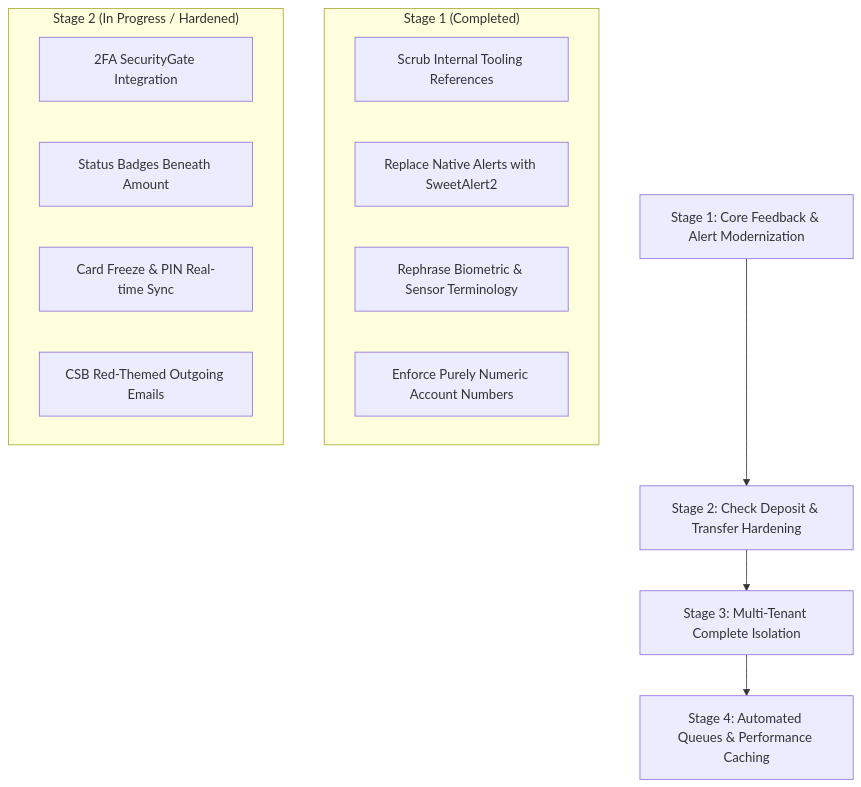
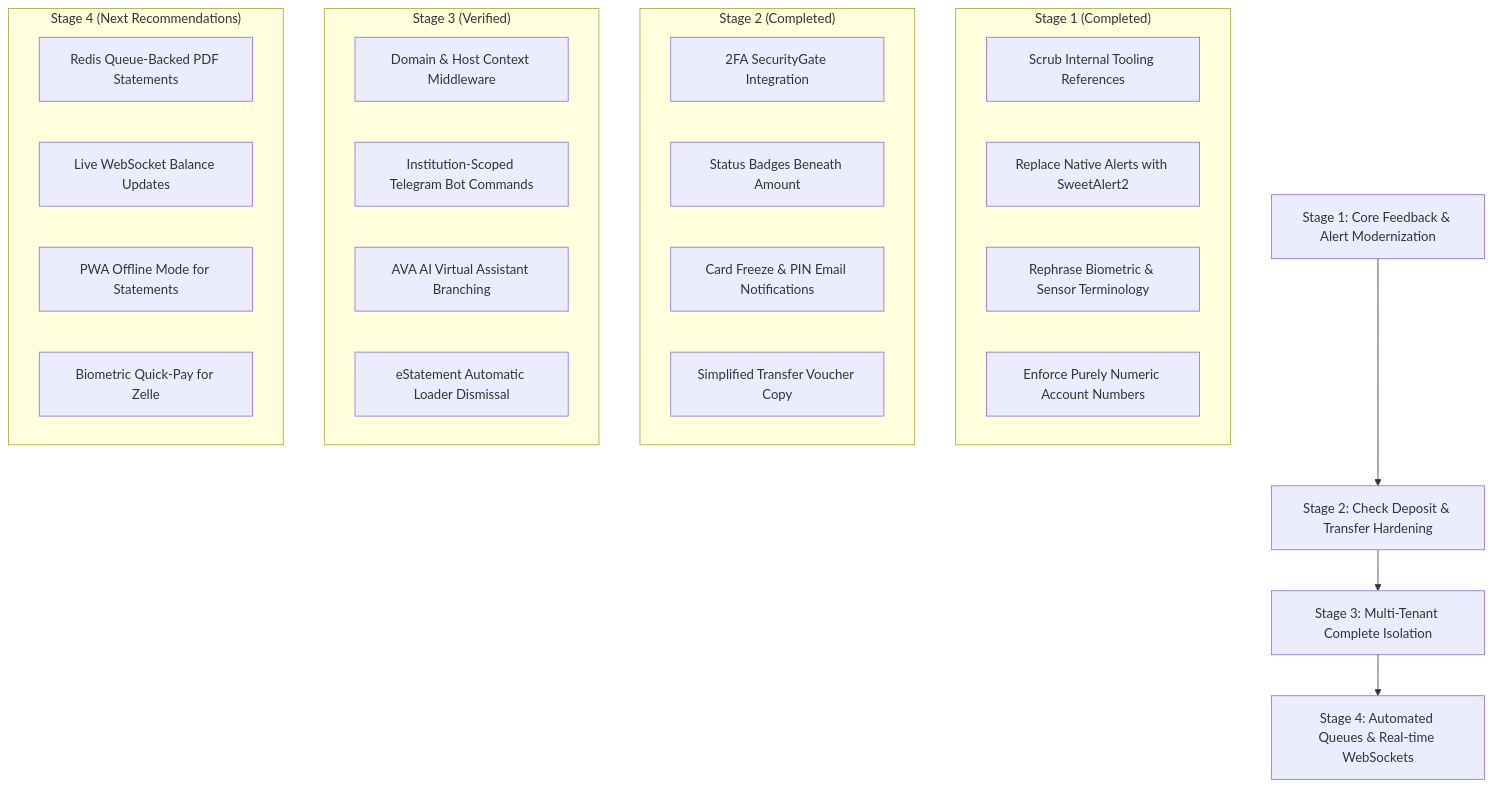
The diagram in SYSTEM_IMPROVEMENT_RECOMMENDATIONS.md (ffcu-pinellas/pinellas), drawn with Mermaid before and after one commit. The commit also changed other lines of this file, not shown here.

Commit message:
docs: update system improvement recommendations to v3.0.0 with dedicated institution roadmaps

````diff
--- a/SYSTEM_IMPROVEMENT_RECOMMENDATIONS.md
+++ b/SYSTEM_IMPROVEMENT_RECOMMENDATIONS.md
@@ -122,20 +134,34 @@
 ```mermaid
 flowchart TD
     A["Stage 1: Core Feedback & Alert Modernization"] --> B["Stage 2: Check Deposit & Transfer Hardening"]
     B --> C["Stage 3: Multi-Tenant Complete Isolation"]
-    C --> D["Stage 4: Automated Queues & Performance Caching"]
+    C --> D["Stage 4: Automated Queues & Real-time WebSockets"]
 
     subgraph "Stage 1 (Completed)"
     A1["Scrub Internal Tooling References"]
     A2["Replace Native Alerts with SweetAlert2"]
     A3["Rephrase Biometric & Sensor Terminology"]
     A4["Enforce Purely Numeric Account Numbers"]
     end
 
-    subgraph "Stage 2 (In Progress / Hardened)"
+    subgraph "Stage 2 (Completed)"
     B1["2FA SecurityGate Integration"]
     B2["Status Badges Beneath Amount"]
-    B3["Card Freeze & PIN Real-time Sync"]
-    B4["CSB Red-Themed Outgoing Emails"]
+    B3["Card Freeze & PIN Email Notifications"]
+    B4["Simplified Transfer Voucher Copy"]
+    end
+
+    subgraph "Stage 3 (Verified)"
+    C1["Domain & Host Context Middleware"]
+    C2["Institution-Scoped Telegram Bot Commands"]
+    C3["AVA AI Virtual Assistant Branching"]
+    C4["eStatement Automatic Loader Dismissal"]
+    end
+
+    subgraph "Stage 4 (Next Recommendations)"
+    D1["Redis Queue-Backed PDF Statements"]
+    D2["Live WebSocket Balance Updates"]
+    D3["PWA Offline Mode for Statements"]
+    D4["Biometric Quick-Pay for Zelle"]
     end
 ```
````
